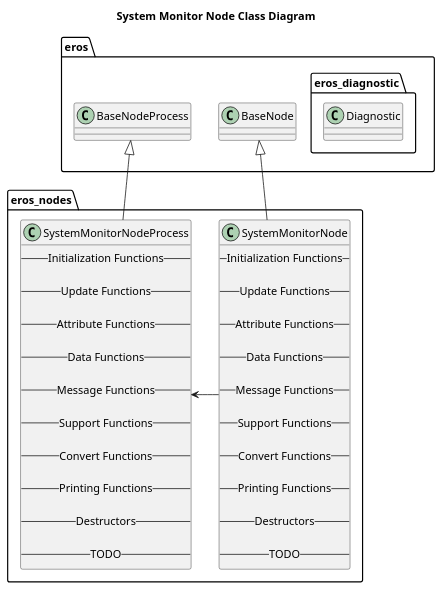
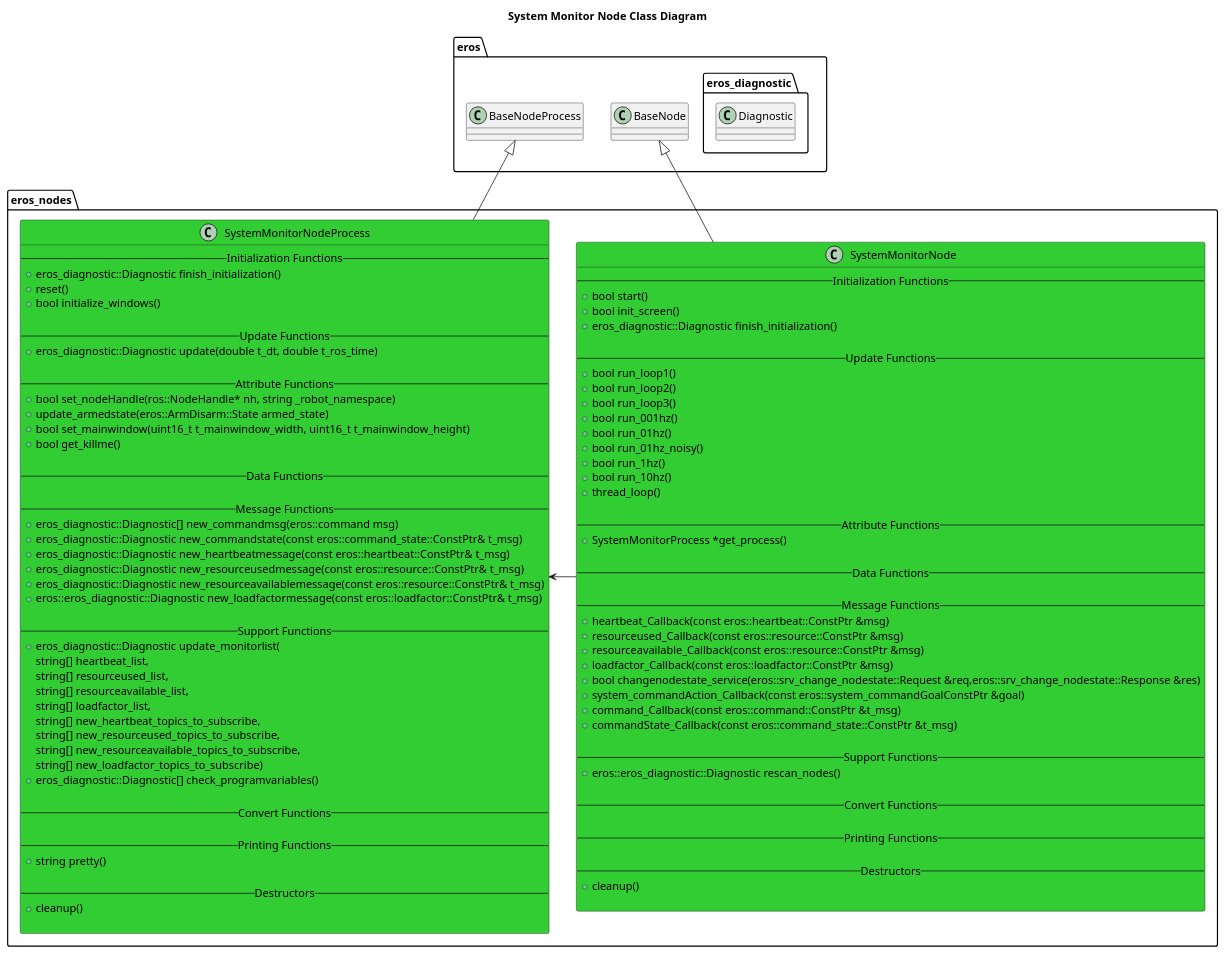
One commit to dgitz/eros changed the diagram in nodes/SystemMonitor/doc/SystemMonitorNodeClassDiagram.puml. Above: the diagram before and after it, drawn with PlantUML. The commit also changed 8 other files, not shown here.

Commit message:
Added class diagrams for all nodes.

```diff
--- a/nodes/SystemMonitor/doc/SystemMonitorNodeClassDiagram.puml
+++ b/nodes/SystemMonitor/doc/SystemMonitorNodeClassDiagram.puml
@@ -1,59 +1,106 @@
 @startuml
 title System Monitor Node Class Diagram
 package eros {
     class BaseNode
     class BaseNodeProcess
     namespace eros_diagnostic {
         class Diagnostic
     }
 }
 namespace eros_nodes {
-    class SystemMonitorNode {
+    class SystemMonitorNode #LimeGreen {
         -- Initialization Functions --
+        +bool start()
+        +bool init_screen()
+        +eros_diagnostic::Diagnostic finish_initialization()
 
         -- Update Functions --
+        +bool run_loop1()
+        +bool run_loop2()
+        +bool run_loop3()
+        +bool run_001hz()
+        +bool run_01hz()
+        +bool run_01hz_noisy()
+        +bool run_1hz()
+        +bool run_10hz()
+        +thread_loop()
 
         -- Attribute Functions --
+        +SystemMonitorProcess *get_process()
 
         -- Data Functions --
 
         -- Message Functions --
+        +heartbeat_Callback(const eros::heartbeat::ConstPtr &msg)
+        +resourceused_Callback(const eros::resource::ConstPtr &msg)
+        +resourceavailable_Callback(const eros::resource::ConstPtr &msg)
+        +loadfactor_Callback(const eros::loadfactor::ConstPtr &msg)
+        +bool changenodestate_service(eros::srv_change_nodestate::Request &req,eros::srv_change_nodestate::Response &res)
+        +system_commandAction_Callback(const eros::system_commandGoalConstPtr &goal)
+        +command_Callback(const eros::command::ConstPtr &t_msg)
+        +commandState_Callback(const eros::command_state::ConstPtr &t_msg)
 
         -- Support Functions --
+        +eros::eros_diagnostic::Diagnostic rescan_nodes()
 
         -- Convert Functions --
         
         -- Printing Functions --
 
         -- Destructors --
-
-        -- TODO --
+        +cleanup()
+   
     }
-    class SystemMonitorNodeProcess {
+    class SystemMonitorNodeProcess #LimeGreen {
         -- Initialization Functions --
+        +eros_diagnostic::Diagnostic finish_initialization()
+        +reset()
+        +bool initialize_windows()
 
         -- Update Functions --
+        +eros_diagnostic::Diagnostic update(double t_dt, double t_ros_time)
 
         -- Attribute Functions --
+        +bool set_nodeHandle(ros::NodeHandle* nh, string _robot_namespace)
+        +update_armedstate(eros::ArmDisarm::State armed_state)
+        +bool set_mainwindow(uint16_t t_mainwindow_width, uint16_t t_mainwindow_height)
+        +bool get_killme()
 
         -- Data Functions --
 
         -- Message Functions --
+        +eros_diagnostic::Diagnostic[] new_commandmsg(eros::command msg)
+        +eros_diagnostic::Diagnostic new_commandstate(const eros::command_state::ConstPtr& t_msg)
+        +eros_diagnostic::Diagnostic new_heartbeatmessage(const eros::heartbeat::ConstPtr& t_msg)
+        +eros_diagnostic::Diagnostic new_resourceusedmessage(const eros::resource::ConstPtr& t_msg)
+        +eros_diagnostic::Diagnostic new_resourceavailablemessage(const eros::resource::ConstPtr& t_msg)
+        +eros::eros_diagnostic::Diagnostic new_loadfactormessage(const eros::loadfactor::ConstPtr& t_msg)
 
         -- Support Functions --
+        +eros_diagnostic::Diagnostic update_monitorlist(
+            string[] heartbeat_list,
+            string[] resourceused_list,
+            string[] resourceavailable_list,
+            string[] loadfactor_list,
+            string[] new_heartbeat_topics_to_subscribe,
+            string[] new_resourceused_topics_to_subscribe,
+            string[] new_resourceavailable_topics_to_subscribe,
+            string[] new_loadfactor_topics_to_subscribe)
+        +eros_diagnostic::Diagnostic[] check_programvariables()
 
         -- Convert Functions --
         
         -- Printing Functions --
+        +string pretty()
 
         -- Destructors --
+        +cleanup()
 
-        -- TODO --
     }
 
     BaseNode <|-- SystemMonitorNode
     BaseNodeProcess <|-- SystemMonitorNodeProcess
     SystemMonitorNode -> SystemMonitorNodeProcess 
 }
 
 @enduml
```
